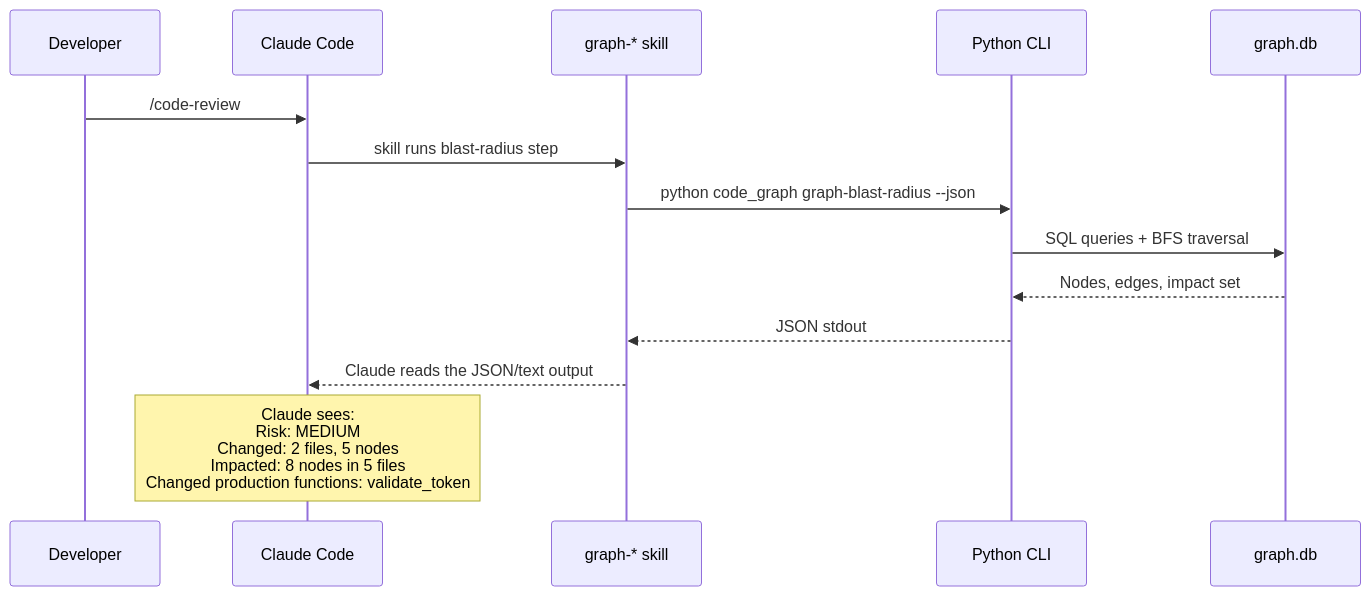
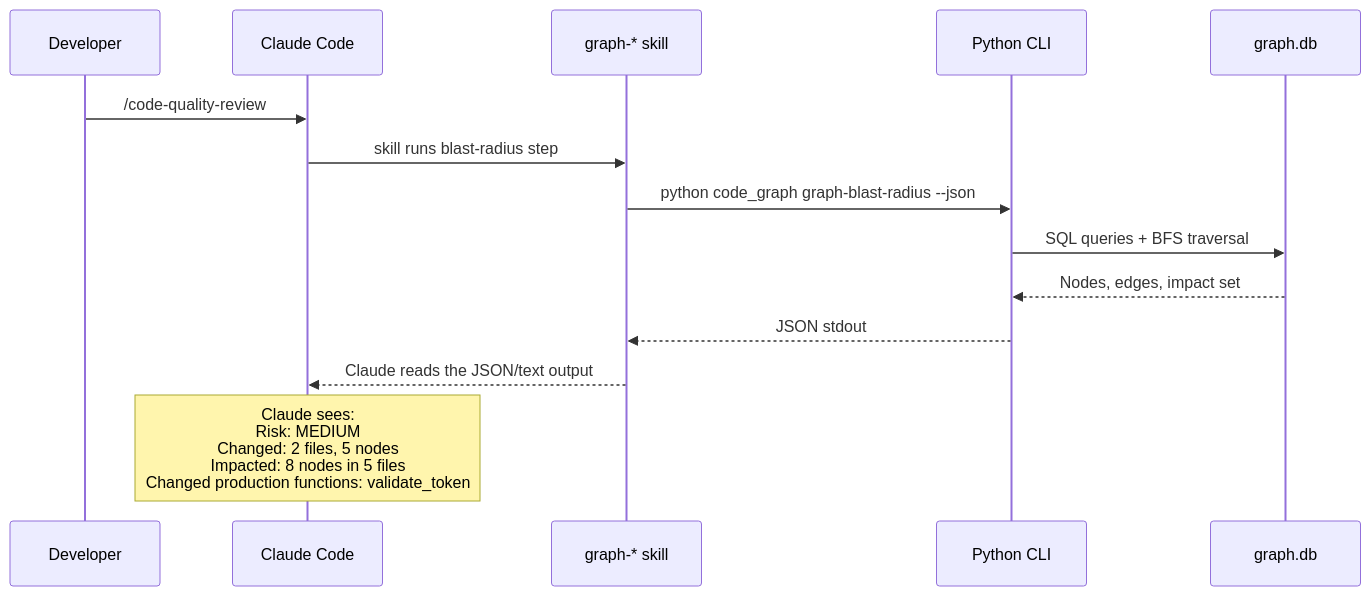
The third of 8 diagrams in .claude/docs/code-graph-mechanism.md (duc01226/easy-claude), drawn with Mermaid before and after one commit. The commit also changed other lines of this file and 506 other files, not shown here.

````diff
--- a/.claude/docs/code-graph-mechanism.md
+++ b/.claude/docs/code-graph-mechanism.md
@@ -260,17 +260,17 @@
 ```mermaid
 sequenceDiagram
     participant Dev as Developer
     participant CC as Claude Code
     participant Skill as graph-* skill
     participant Py as Python CLI
     participant DB as graph.db
 
-    Dev->>CC: /code-review
+    Dev->>CC: /code-quality-review
     CC->>Skill: skill runs blast-radius step
     Skill->>Py: python code_graph graph-blast-radius --json
     Py->>DB: SQL queries + BFS traversal
     DB-->>Py: Nodes, edges, impact set
     Py-->>Skill: JSON stdout
     Skill-->>CC: Claude reads the JSON/text output
     Note over CC: Claude sees:<br/>Risk: MEDIUM<br/>Changed: 2 files, 5 nodes<br/>Impacted: 8 nodes in 5 files<br/>Changed production functions: validate_token
 ```
````
